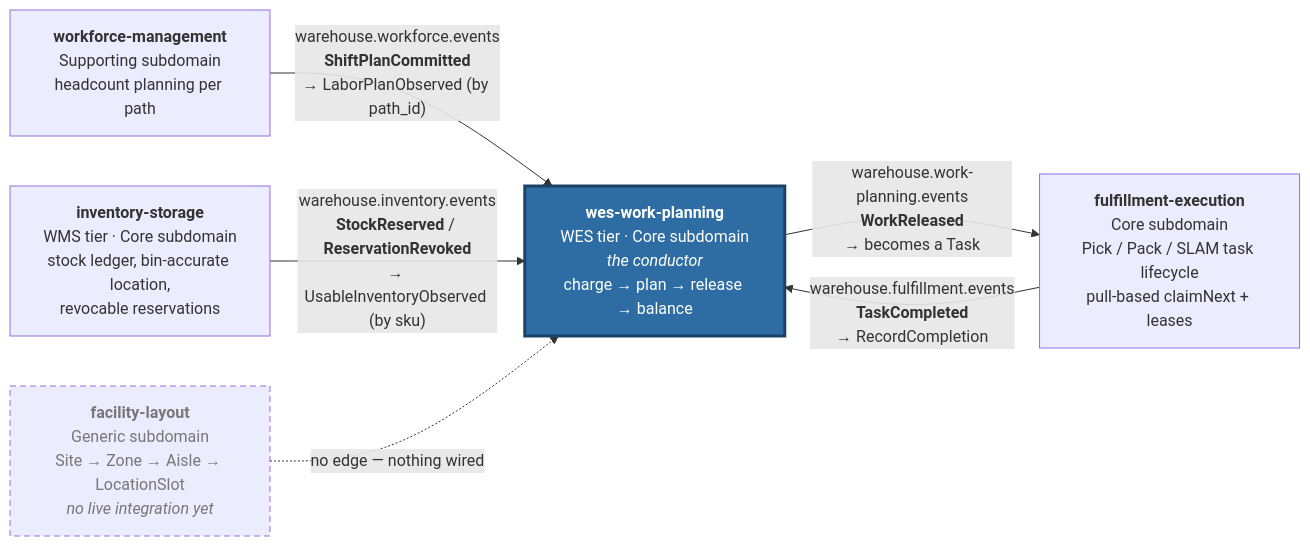
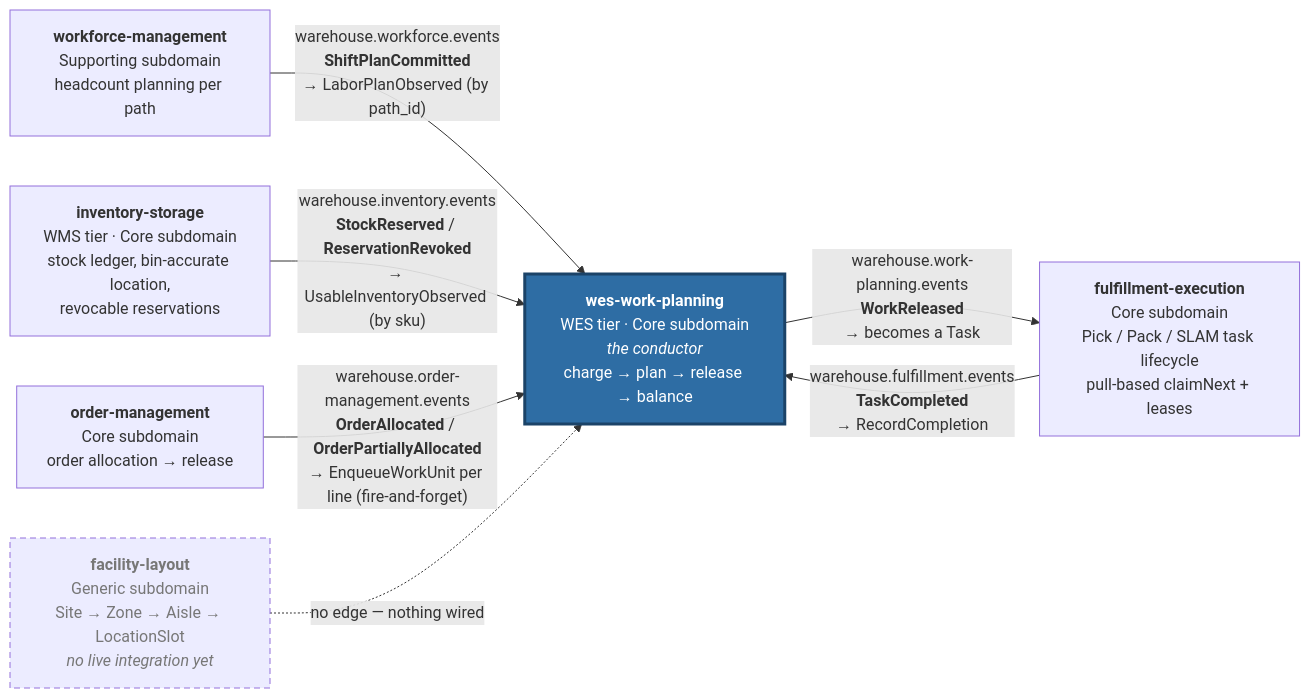
One commit to claudioed/wes-work-planning changed the first of 3 diagrams in docs/docs/ecosystem/context-map.md. Above: the diagram before and after it, drawn with Mermaid. The commit also changed other lines of this file and 5 other files, not shown here.

First line of the commit message:
docs: document the 4th consumed topic, warehouse.order-management.events

````diff
--- a/docs/docs/ecosystem/context-map.md
+++ b/docs/docs/ecosystem/context-map.md
@@ -20,18 +20,20 @@
 ```mermaid
 flowchart LR
     WM["<b>workforce-management</b><br/>Supporting subdomain<br/>headcount planning per path"]
     INV["<b>inventory-storage</b><br/>WMS tier · Core subdomain<br/>stock ledger, bin-accurate location,<br/>revocable reservations"]
+    OM["<b>order-management</b><br/>Core subdomain<br/>order allocation → release"]
     WP["<b>wes-work-planning</b><br/>WES tier · Core subdomain<br/><i>the conductor</i><br/>charge → plan → release → balance"]
     FE["<b>fulfillment-execution</b><br/>Core subdomain<br/>Pick / Pack / SLAM task lifecycle<br/>pull-based claimNext + leases"]
     FL["<b>facility-layout</b><br/>Generic subdomain<br/>Site → Zone → Aisle → LocationSlot<br/><i>no live integration yet</i>"]
 
     WM -- "warehouse.workforce.events<br/><b>ShiftPlanCommitted</b><br/>→ LaborPlanObserved (by path_id)" --> WP
     INV -- "warehouse.inventory.events<br/><b>StockReserved</b> / <b>ReservationRevoked</b><br/>→ UsableInventoryObserved (by sku)" --> WP
+    OM -- "warehouse.order-management.events<br/><b>OrderAllocated</b> / <b>OrderPartiallyAllocated</b><br/>→ EnqueueWorkUnit per line (fire-and-forget)" --> WP
     WP -- "warehouse.work-planning.events<br/><b>WorkReleased</b><br/>→ becomes a Task" --> FE
     FE -- "warehouse.fulfillment.events<br/><b>TaskCompleted</b><br/>→ RecordCompletion" --> WP
 
     FL -.->|"no edge — nothing wired"| WP
 
     style WP fill:#2e6da4,color:#ffffff,stroke:#1b4368,stroke-width:3px
     style FL stroke-dasharray: 6 4,color:#777777
 ```
````
